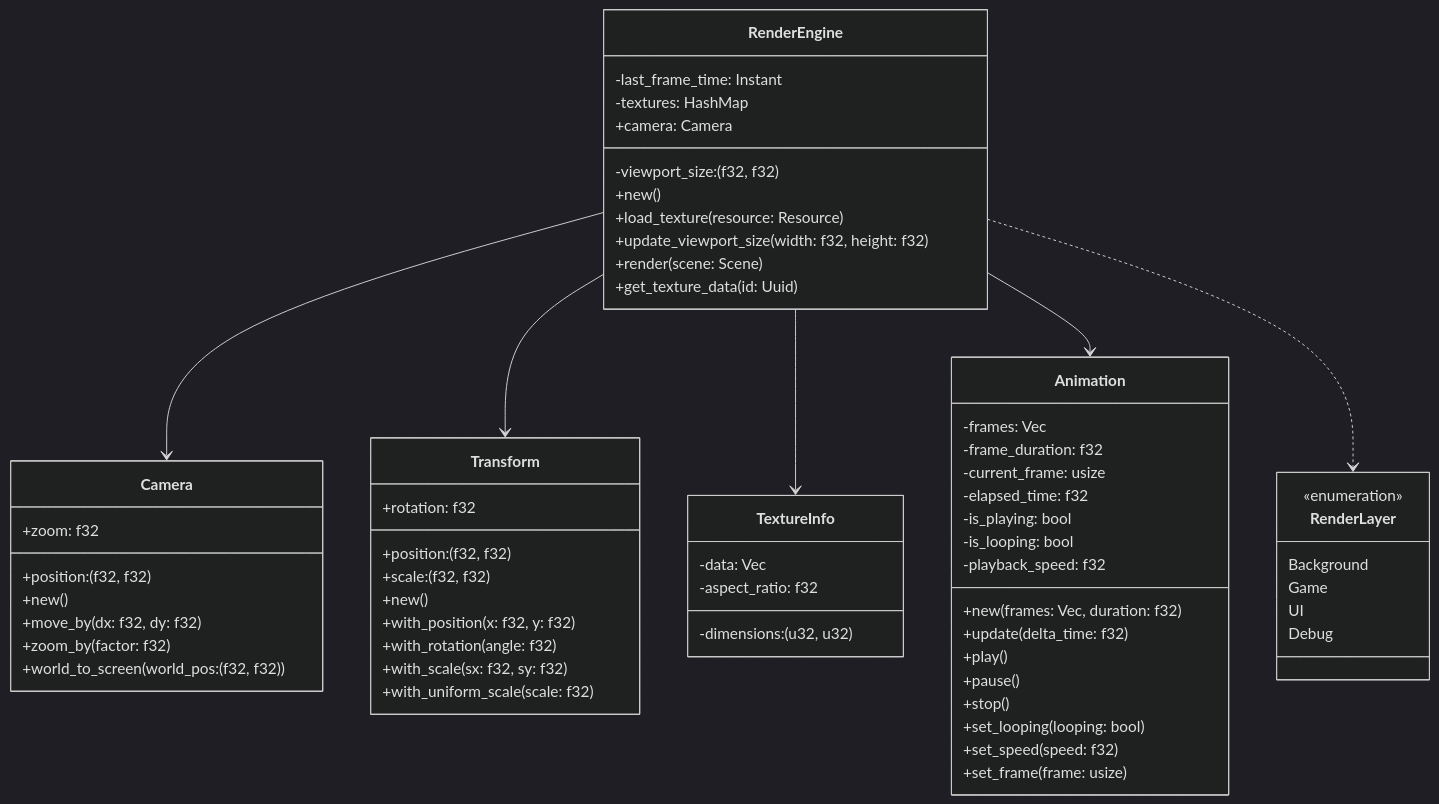
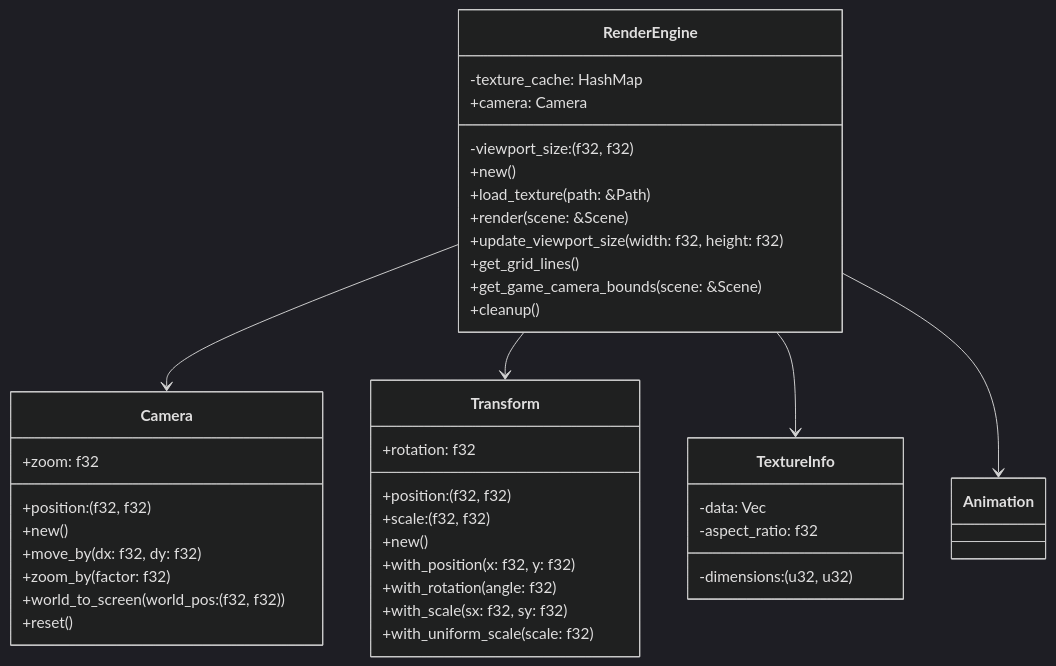
Before and after one commit to gh0stintheshe11/Rust-2D-Game-Engine: the first of 4 diagrams in README.md, drawn with Mermaid (dark theme). The commit also changed other lines of this file, not shown here.

````diff
--- a/README.md
+++ b/README.md
@@ -43,72 +43,47 @@
 ```mermaid
 classDiagram
     RenderEngine --> Camera
     RenderEngine --> Transform
     RenderEngine --> TextureInfo
     RenderEngine --> Animation
-    RenderEngine ..> RenderLayer
 
     class RenderEngine {
         -viewport_size: (f32, f32)
-        -last_frame_time: Instant
-        -textures: HashMap<Uuid, TextureInfo>
+        -texture_cache: HashMap<Uuid, TextureInfo>
         +camera: Camera
         +new()
-        +load_texture(resource: Resource)
+        +load_texture(path: &Path)
+        +render(scene: &Scene)
         +update_viewport_size(width: f32, height: f32)
-        +render(scene: Scene)
-        +get_texture_data(id: Uuid)
+        +get_grid_lines()
+        +get_game_camera_bounds(scene: &Scene)
+        +cleanup()
     }
 
     class Camera {
         +position: (f32, f32)
         +zoom: f32
         +new()
         +move_by(dx: f32, dy: f32)
         +zoom_by(factor: f32)
         +world_to_screen(world_pos: (f32, f32))
+        +reset()
     }
 
     class Transform {
         +position: (f32, f32)
         +rotation: f32
         +scale: (f32, f32)
         +new()
         +with_position(x: f32, y: f32)
         +with_rotation(angle: f32)
         +with_scale(sx: f32, sy: f32)
         +with_uniform_scale(scale: f32)
     }
 
     class TextureInfo {
         -data: Vec<u8>
         -dimensions: (u32, u32)
         -aspect_ratio: f32
     }
-
-    class Animation {
-        -frames: Vec<TextureInfo>
-        -frame_duration: f32
-        -current_frame: usize
-        -elapsed_time: f32
-        -is_playing: bool
-        -is_looping: bool
-        -playback_speed: f32
-        +new(frames: Vec<TextureInfo>, duration: f32)
-        +update(delta_time: f32)
-        +play()
-        +pause()
-        +stop()
-        +set_looping(looping: bool)
-        +set_speed(speed: f32)
-        +set_frame(frame: usize)
-    }
-
-    class RenderLayer {
-        <<enumeration>>
-        Background
-        Game
-        UI
-        Debug
-    }
 ```
````
